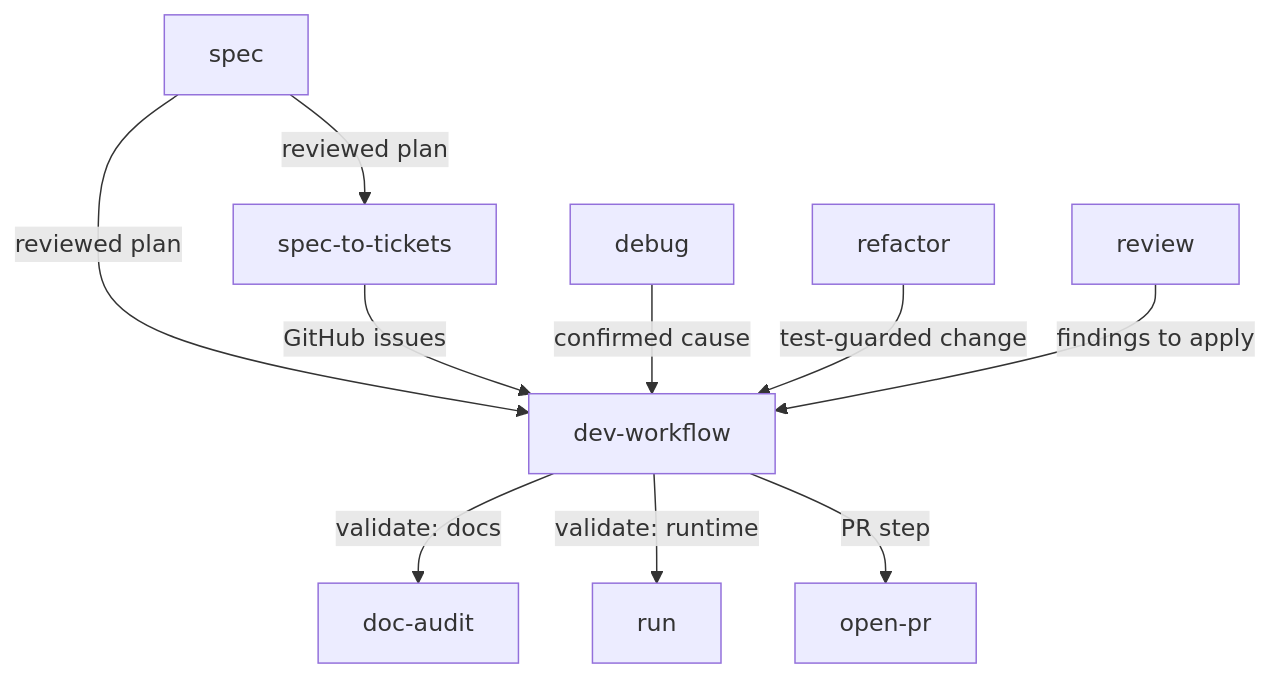
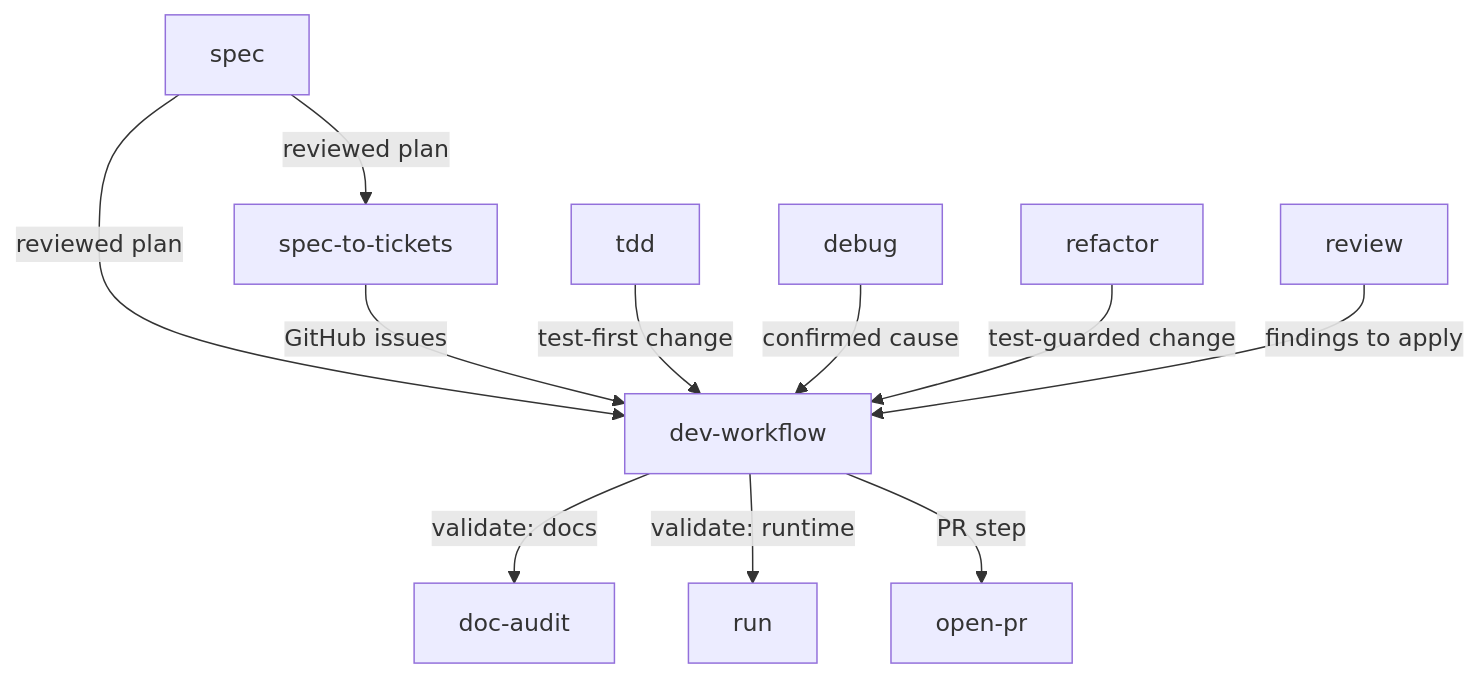
One commit to greerviau/skills changed the diagram in docs/engineering-skill-composition.md. Above: the diagram before and after it, drawn with Mermaid. The commit also changed other lines of this file and 3 other files, not shown here.

````diff
--- a/docs/engineering-skill-composition.md
+++ b/docs/engineering-skill-composition.md
@@ -8,23 +8,25 @@
 ```mermaid
 flowchart TD
     spec[spec]
+    tdd[tdd]
     debug[debug]
     refactor[refactor]
     review[review]
     s2t[spec-to-tickets]
     devworkflow[dev-workflow]
     docaudit[doc-audit]
     run[run]
     openpr[open-pr]
 
     spec -->|reviewed plan| s2t
     spec -->|reviewed plan| devworkflow
     s2t -->|GitHub issues| devworkflow
+    tdd -->|test-first change| devworkflow
     debug -->|confirmed cause| devworkflow
     refactor -->|test-guarded change| devworkflow
     review -->|findings to apply| devworkflow
 
     devworkflow -->|validate: docs| docaudit
     devworkflow -->|validate: runtime| run
     devworkflow -->|PR step| openpr
 ```
````
